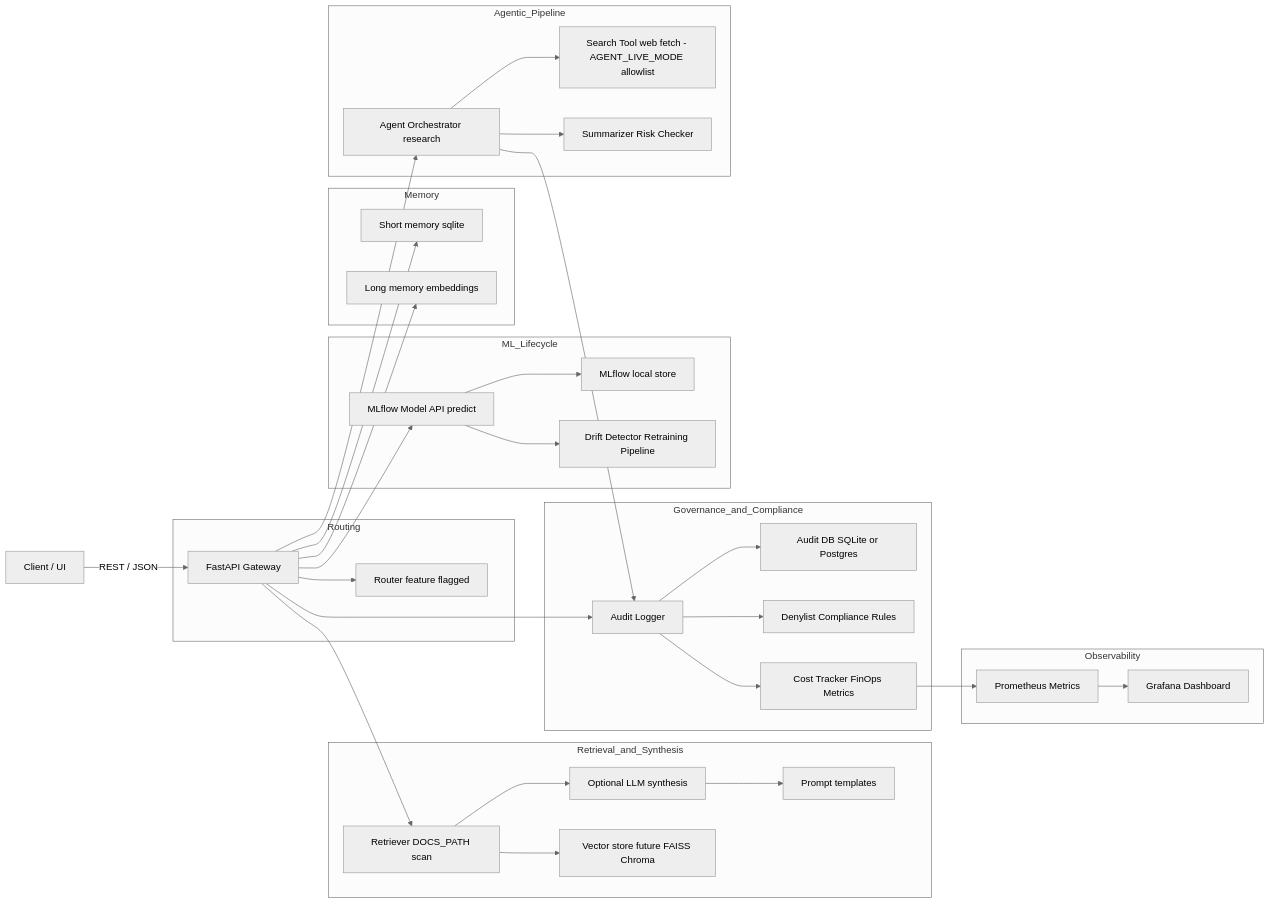
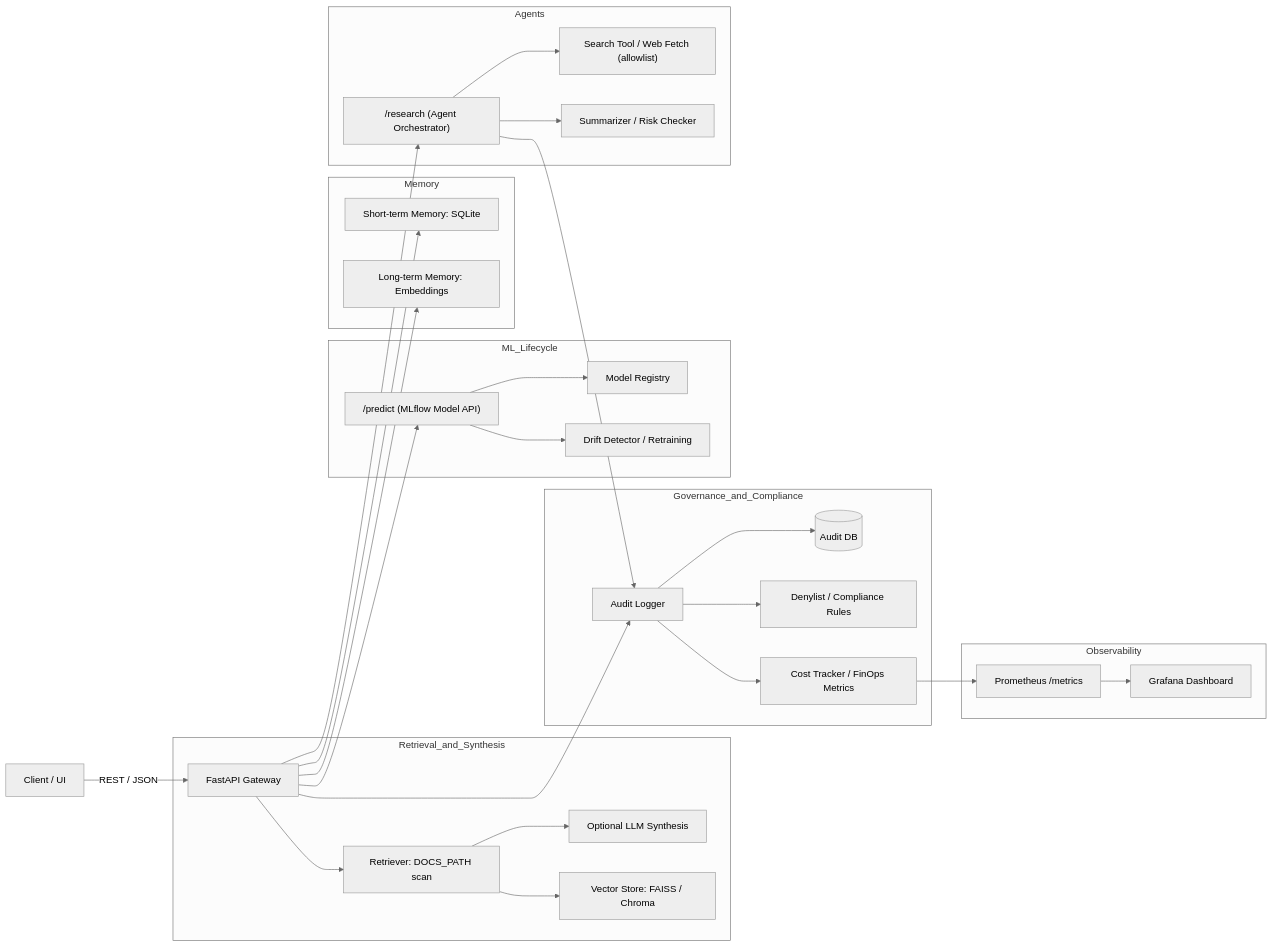
One commit to rodrigo-fonseca-oliveira/ai-architect changed the second of 2 diagrams in README.md. Above: the diagram before and after it, drawn with Mermaid (neutral theme). The commit also changed other lines of this file and 1 other file, not shown here.

Commit message:
docs: refine mermaid diagrams; clarify Architect vs System scopes; mark RAG vector store as future; add Router and Memory sections

````diff
--- a/README.md
+++ b/README.md
@@ -80,45 +109,40 @@
 ```mermaid
 flowchart LR
-  A[Client / UI] -->|REST / JSON| B[FastAPI Gateway]
-
-  subgraph Routing
-    B --> R1[Router feature flagged]
-  end
+  A["Client / UI"] -->|REST / JSON| B["FastAPI Gateway"]
 
   subgraph Retrieval_and_Synthesis
-    B --> C1[Retriever DOCS_PATH scan]
-    C1 --> C3[Optional LLM synthesis]
-    C1 --> C4[Vector store future FAISS Chroma]
-    C3 --> C5[Prompt templates]
+    B --> C1["Retriever: DOCS_PATH scan"]
+    C1 --> C3["Optional LLM Synthesis"]
+    C1 --> C4["Vector Store: FAISS / Chroma"]
   end
 
   subgraph Memory
-    B --> M1[Short memory sqlite]
-    B --> M2[Long memory embeddings]
+    B --> M1["Short-term Memory: SQLite"]
+    B --> M2["Long-term Memory: Embeddings"]
   end
 
   subgraph Governance_and_Compliance
-    B --> D1[Audit Logger]
-    D1 --> D2[Audit DB SQLite or Postgres]
-    D1 --> D3[Denylist Compliance Rules]
-    D1 --> D4[Cost Tracker FinOps Metrics]
+    B --> D1["Audit Logger"]
+    D1 --> D2[("Audit DB")] 
+    D1 --> D3["Denylist / Compliance Rules"]
+    D1 --> D4["Cost Tracker / FinOps Metrics"]
   end
 
   subgraph Observability
-    D4 --> E1[Prometheus Metrics]
-    E1 --> E2[Grafana Dashboard]
+    D4 --> E1["Prometheus /metrics"]
+    E1 --> E2["Grafana Dashboard"]
   end
 
   subgraph ML_Lifecycle
-    B --> F1[MLflow Model API predict]
-    F1 --> F2[MLflow local store]
-    F1 --> F3[Drift Detector Retraining Pipeline]
+    B --> F1["/predict (MLflow Model API)"]
+    F1 --> F2["Model Registry"]
+    F1 --> F3["Drift Detector / Retraining"]
   end
 
-  subgraph Agentic_Pipeline
-    B --> G1[Agent Orchestrator research]
-    G1 --> G2[Search Tool web fetch - AGENT_LIVE_MODE allowlist]
-    G1 --> G3[Summarizer Risk Checker]
+  subgraph Agents
+    B --> G1["/research (Agent Orchestrator)"]
+    G1 --> G2["Search Tool / Web Fetch (allowlist)"]
+    G1 --> G3["Summarizer / Risk Checker"]
     G1 --> D1
   end
 ```
````
